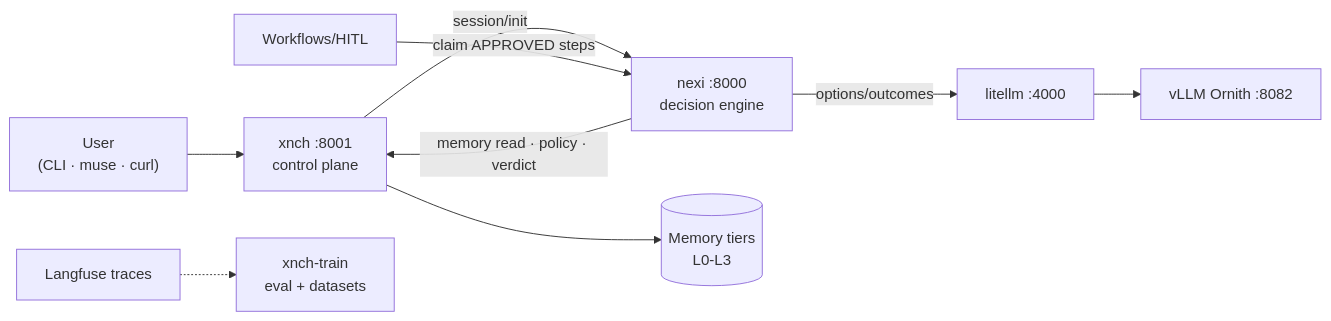
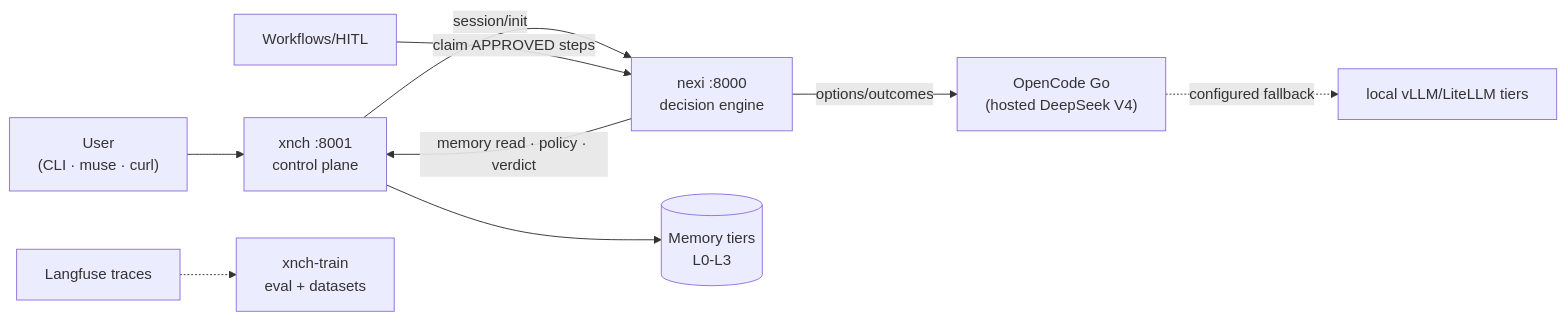
Before and after one commit to x-nch/xnchSystems: the diagram in docs/architecture/overview.md, drawn with Mermaid. The commit also changed other lines of this file and 3 other files, not shown here.

Commit message:
docs: reconcile stale model-routing rows with OpenCode Go migration

````diff
--- a/docs/architecture/overview.md
+++ b/docs/architecture/overview.md
@@ -36,11 +36,11 @@
 ```mermaid
 flowchart LR
     U["User<br/>(CLI · muse · curl)"] --> X["xnch :8001<br/>control plane"]
     X -->|"session/init"| N["nexi :8000<br/>decision engine"]
     N -->|"memory read · policy · verdict"| X
-    N -->|"options/outcomes"| LLM["litellm :4000"]
-    LLM --> V["vLLM Ornith :8082"]
+    N -->|"options/outcomes"| LLM["OpenCode Go<br/>(hosted DeepSeek V4)"]
+    LLM -.->|"configured fallback"| V["local vLLM/LiteLLM tiers"]
     X --> M[("Memory tiers<br/>L0-L3")]
     W["Workflows/HITL"] -->|"claim APPROVED steps"| N
     T["Langfuse traces"] -.-> TR["xnch-train<br/>eval + datasets"]
 ```
````
